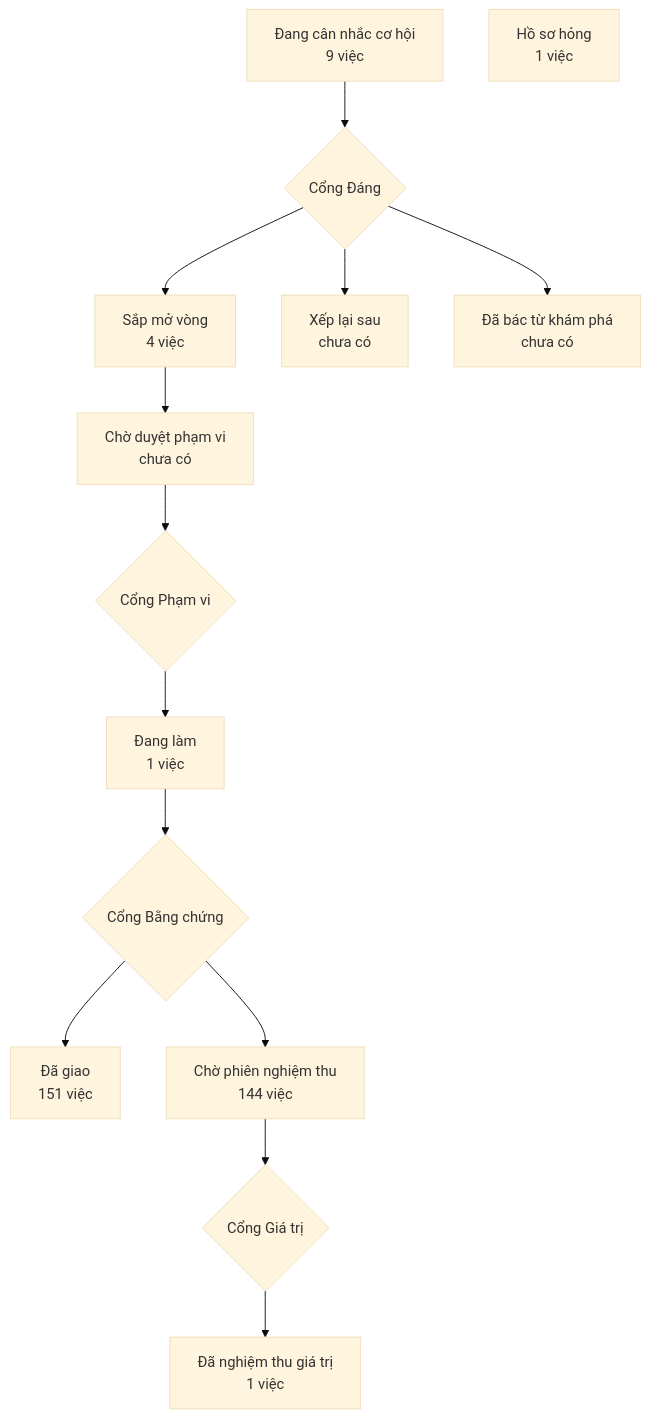
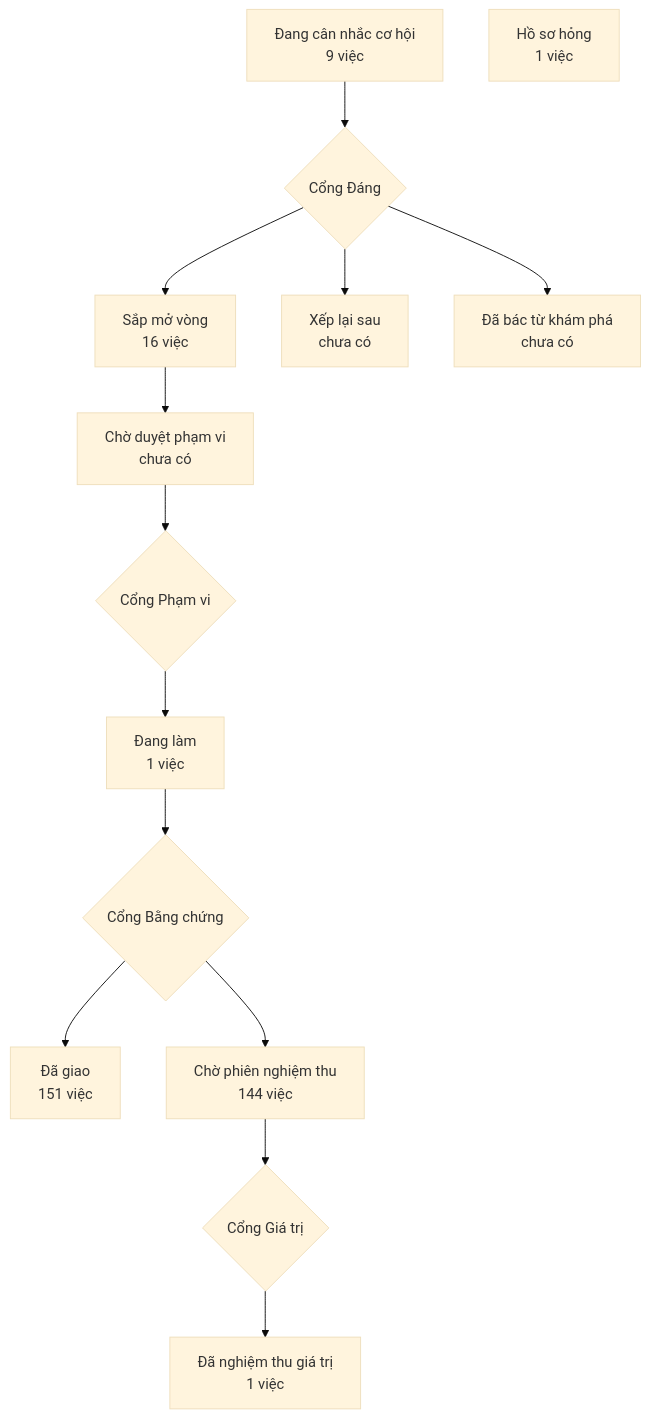
One commit to phanlemanh/crm-onehub changed the diagram in PRODUCT-MAP.md. Above: the diagram before and after it, drawn with Mermaid (base theme). The commit also changed other lines of this file and 1 other file, not shown here.

````diff
--- a/PRODUCT-MAP.md
+++ b/PRODUCT-MAP.md
@@ -7,13 +7,13 @@
 ```mermaid
 flowchart TD
   A["Đang cân nhắc cơ hội<br/>9 việc"] --> GD{"Cổng Đáng"}
-  GD --> B["Sắp mở vòng<br/>4 việc"]
+  GD --> B["Sắp mở vòng<br/>16 việc"]
   GD --> XL["Xếp lại sau<br/>chưa có"]
   GD --> DB["Đã bác từ khám phá<br/>chưa có"]
   B --> CD["Chờ duyệt phạm vi<br/>chưa có"] --> GP{"Cổng Phạm vi"}
   GP --> DL["Đang làm<br/>1 việc"] --> GB{"Cổng Bằng chứng"}
   GB --> DG["Đã giao<br/>151 việc"]
   GB --> CN["Chờ phiên nghiệm thu<br/>144 việc"] --> GG{"Cổng Giá trị"}
   GG --> NT["Đã nghiệm thu giá trị<br/>1 việc"]
   HS["Hồ sơ hỏng<br/>1 việc"]
 ```
````
